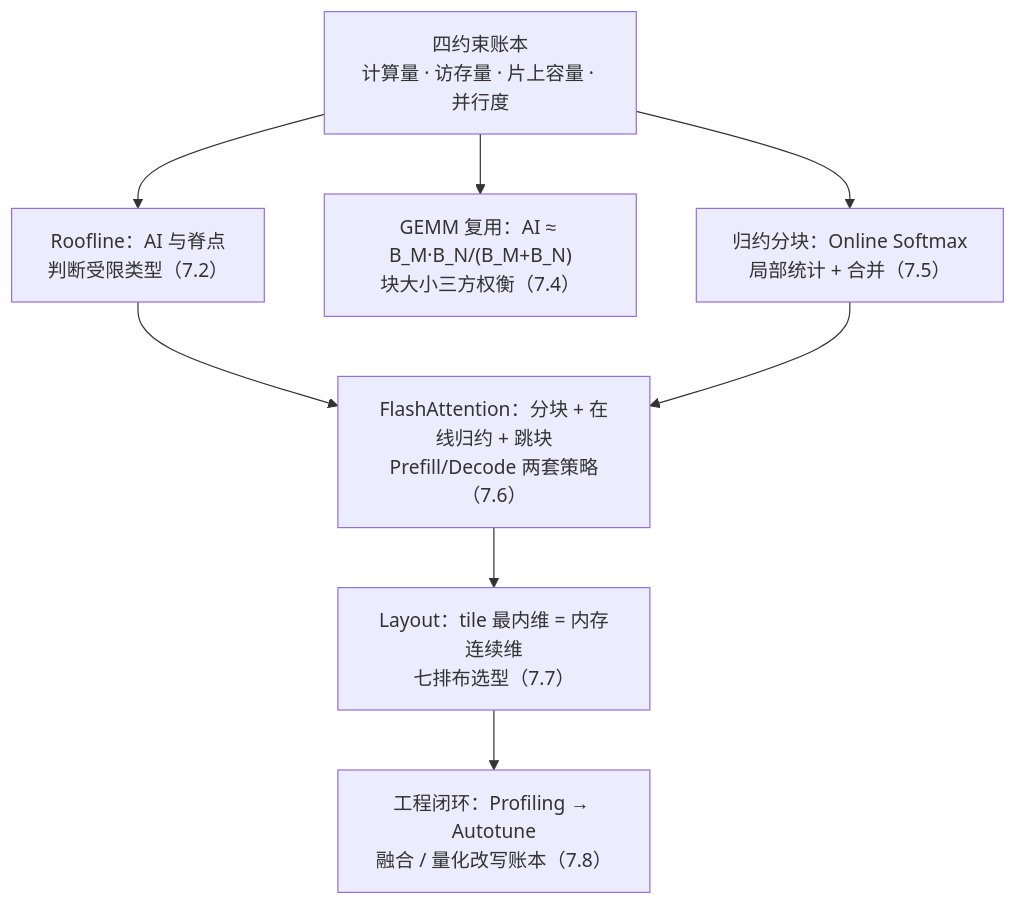
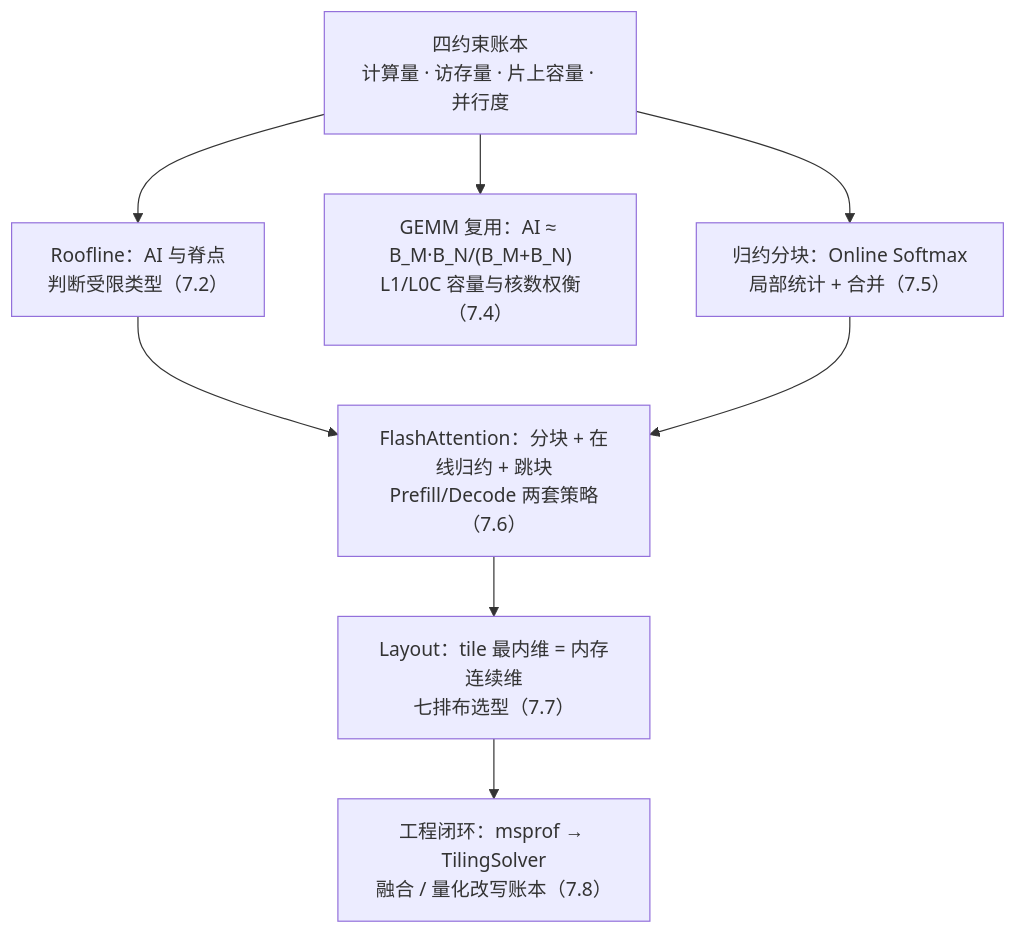
Diagram 27 of 27 in AscendC算子学习指导.md (kangdl/AscendC_Basic_Knowledge), drawn with Mermaid before and after one commit. The commit also changed other lines of this file and 3 other files, not shown here.

````diff
--- a/AscendC算子学习指导.md
+++ b/AscendC算子学习指导.md
@@ -5564,11 +5646,11 @@
 ```mermaid
 flowchart TB
     F["四约束账本<br/>计算量 · 访存量 · 片上容量 · 并行度"]
     F --> R["Roofline：AI 与脊点<br/>判断受限类型（7.2）"]
-    F --> G["GEMM 复用：AI ≈ B_M·B_N/(B_M+B_N)<br/>块大小三方权衡（7.4）"]
+    F --> G["GEMM 复用：AI ≈ B_M·B_N/(B_M+B_N)<br/>L1/L0C 容量与核数权衡（7.4）"]
     F --> S["归约分块：Online Softmax<br/>局部统计 + 合并（7.5）"]
     R --> FA["FlashAttention：分块 + 在线归约 + 跳块<br/>Prefill/Decode 两套策略（7.6）"]
     S --> FA
     FA --> L["Layout：tile 最内维 = 内存连续维<br/>七排布选型（7.7）"]
-    L --> E["工程闭环：Profiling → Autotune<br/>融合 / 量化改写账本（7.8）"]
+    L --> E["工程闭环：msprof → TilingSolver<br/>融合 / 量化改写账本（7.8）"]
 ```
````
